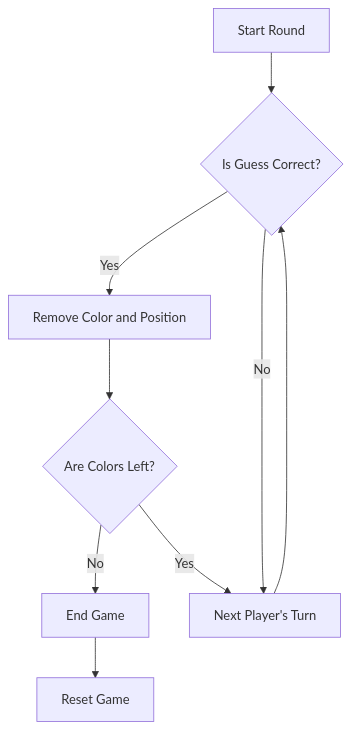
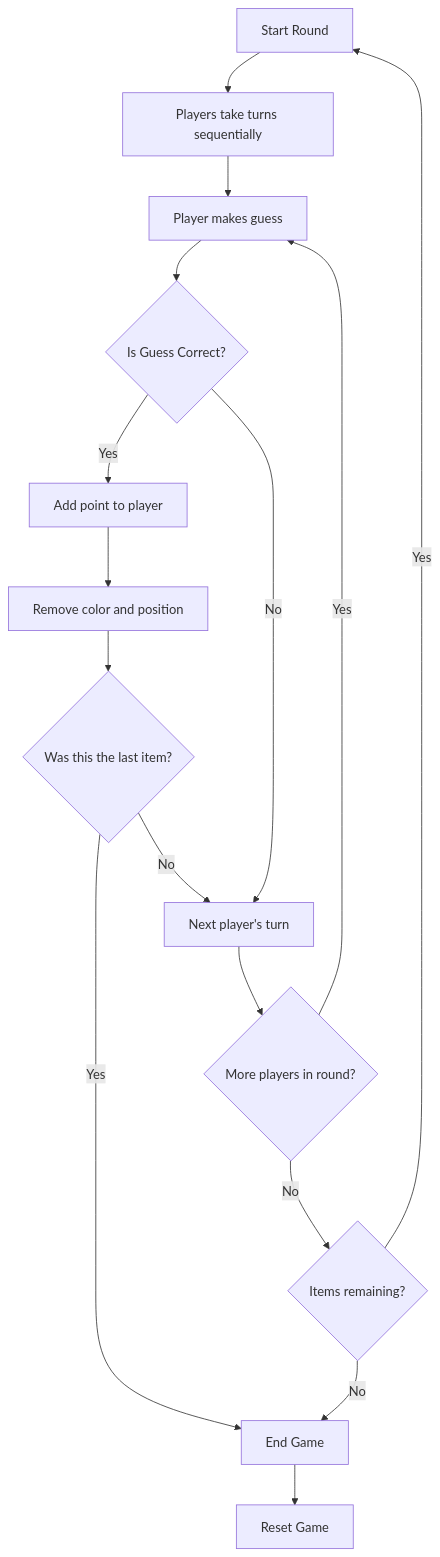
Before and after one commit to Tyler-Alcorn/match_the_drink: the first of 2 diagrams in README.md, drawn with Mermaid. The commit also changed other lines of this file and 5 other files, not shown here.

````diff
--- a/README.md
+++ b/README.md
@@ -4,12 +4,19 @@
 ```mermaid
 graph TD;
-    A[Start Round] --> B{Is Guess Correct?};
-    B -- Yes --> C[Remove Color and Position];
-    B -- No --> D[Next Player's Turn];
-    C --> E{Are Colors Left?};
-    E -- No --> F[End Game];
-    E -- Yes --> D;
-    D --> B;
-    F --> G[Reset Game];
+    A[Start Round] --> B[Players take turns sequentially];
+    B --> C[Player makes guess];
+    C --> D{Is Guess Correct?};
+    D -- Yes --> E[Add point to player];
+    D -- No --> F[Next player's turn];
+    E --> G[Remove color and position];
+    G --> H{Was this the last item?};
+    H -- Yes --> I[End Game];
+    H -- No --> F;
+    F --> J{More players in round?};
+    J -- Yes --> C;
+    J -- No --> K{Items remaining?};
+    K -- Yes --> A;
+    K -- No --> I;
+    I --> L[Reset Game];
     
 ```
````
